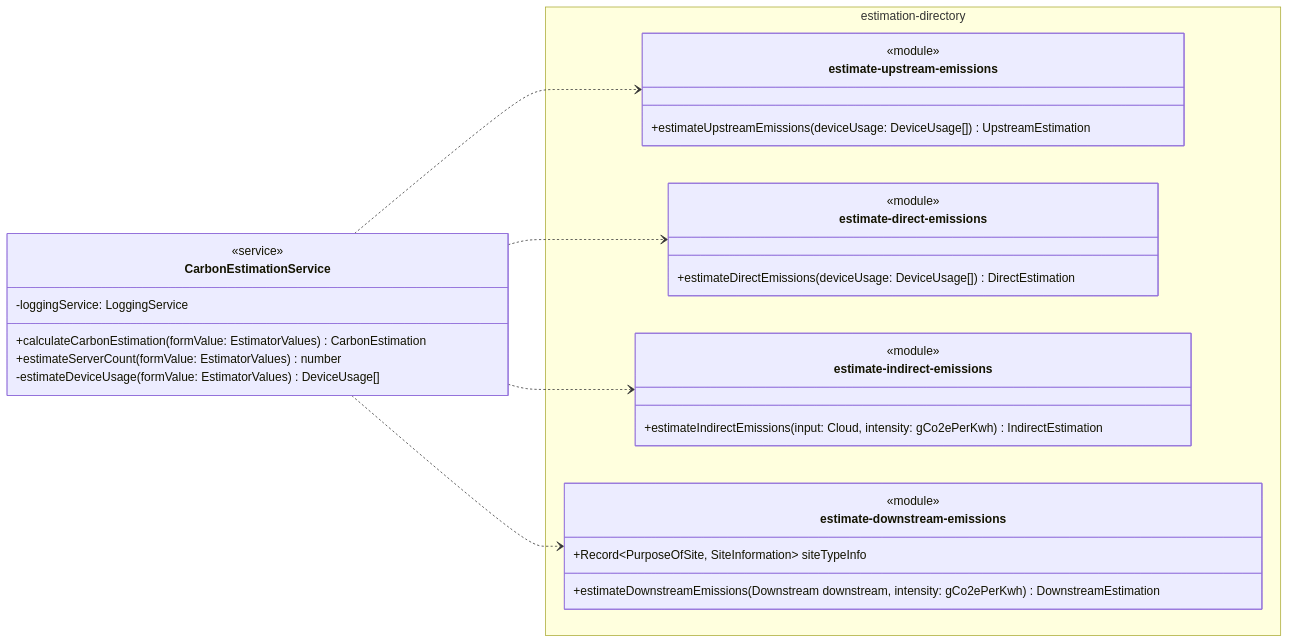
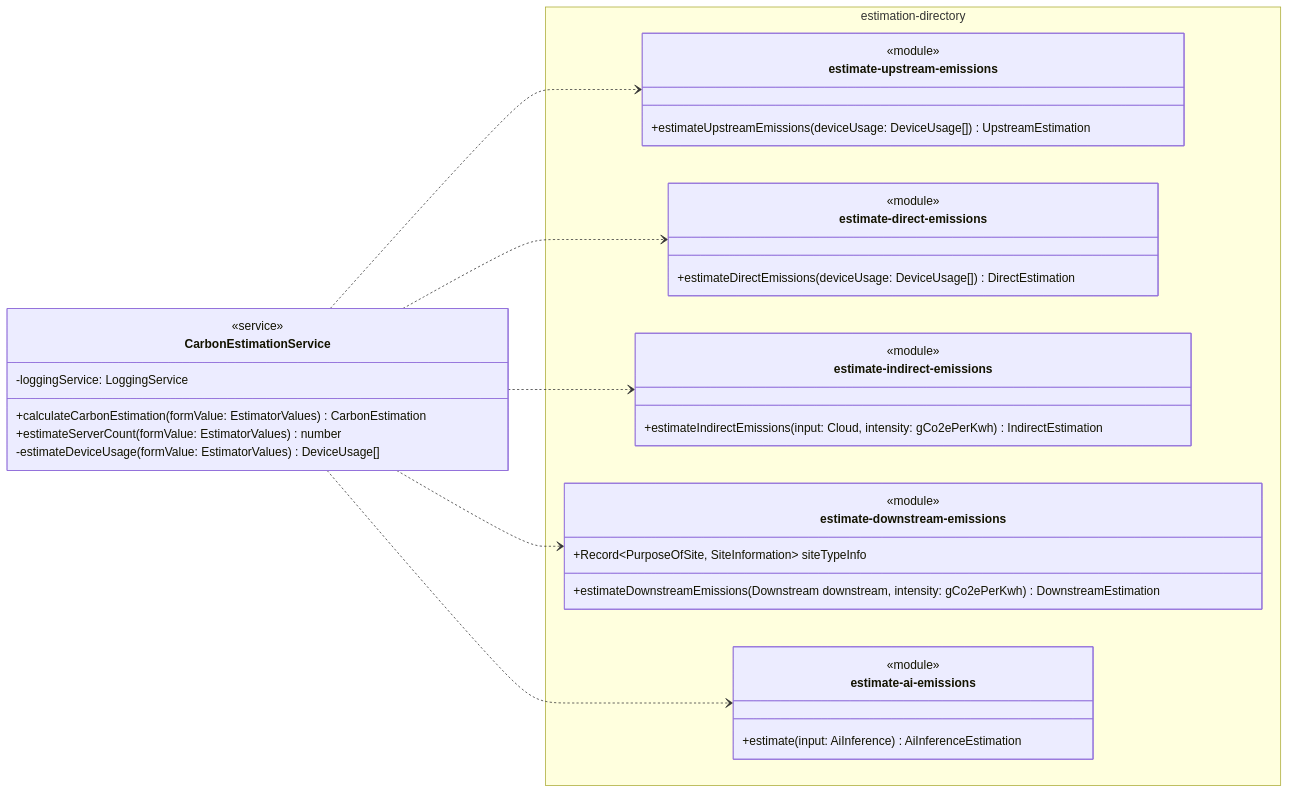
Before and after one commit to ScottLogic/sl-tech-carbon-estimator: the second of 2 diagrams in docs/services.md, drawn with Mermaid. The commit also changed other lines of this file and 6 other files, not shown here.

````diff
--- a/docs/services.md
+++ b/docs/services.md
@@ -44,39 +44,45 @@
 ```mermaid
 classDiagram
   direction LR
   class CarbonEstimationService{
     <<service>>
     -loggingService: LoggingService 
     +calculateCarbonEstimation(formValue: EstimatorValues) CarbonEstimation
     +estimateServerCount(formValue: EstimatorValues) number
     -estimateDeviceUsage(formValue: EstimatorValues) DeviceUsage[]
   }
 
   namespace estimation-directory {
     class estimate-upstream-emissions{
       <<module>>
       +estimateUpstreamEmissions(deviceUsage: DeviceUsage[]) UpstreamEstimation
     }
 
     class estimate-direct-emissions{
       <<module>>
       +estimateDirectEmissions(deviceUsage: DeviceUsage[]) DirectEstimation
     }
 
     class estimate-indirect-emissions{
       <<module>>
       +estimateIndirectEmissions(input: Cloud, intensity: gCo2ePerKwh) IndirectEstimation
     }
 
     class estimate-downstream-emissions{
       <<module>>
       +Record~PurposeOfSite, SiteInformation~ siteTypeInfo
       +estimateDownstreamEmissions(Downstream downstream, intensity: gCo2ePerKwh) DownstreamEstimation
     }
+
+    class estimate-ai-emissions{
+      <<module>>
+      +estimate(input: AiInference) AiInferenceEstimation
+    }
   }
 
   CarbonEstimationService ..> estimate-upstream-emissions
   CarbonEstimationService ..> estimate-direct-emissions
   CarbonEstimationService ..> estimate-indirect-emissions
   CarbonEstimationService ..> estimate-downstream-emissions
+  CarbonEstimationService ..> estimate-ai-emissions
 ```
````
